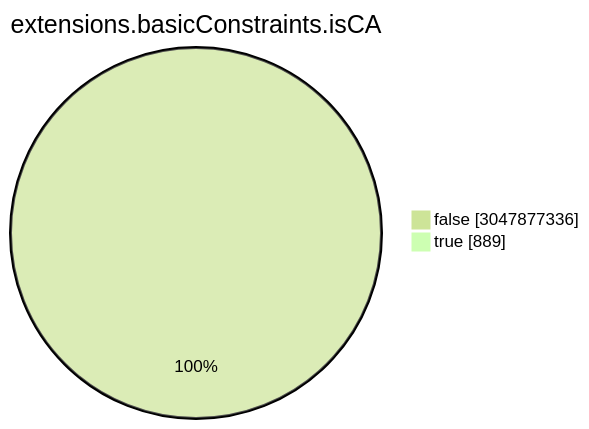
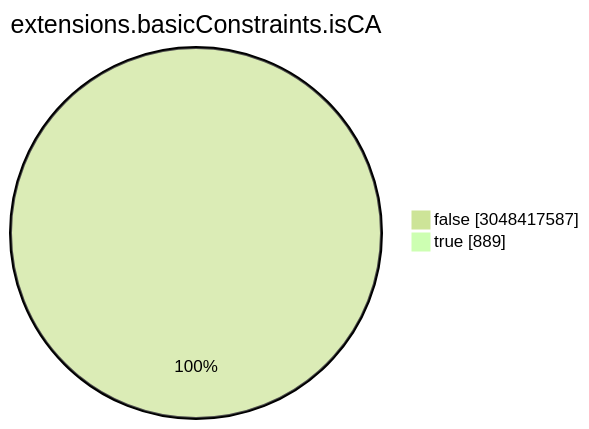
One commit to christiankrug/ctmonitor_visualization changed the seventh of 15 diagrams in TOTAL/README.md. Above: the diagram before and after it, drawn with Mermaid (forest theme). The commit also changed other lines of this file, not shown here.

````diff
--- a/TOTAL/README.md
+++ b/TOTAL/README.md
@@ -3088,6 +3088,6 @@
 ```mermaid
 pie showData
 title extensions.basicConstraints.isCA
-"false" :3047877336
+"false" :3048417587
 "true" :889
 ```
````
